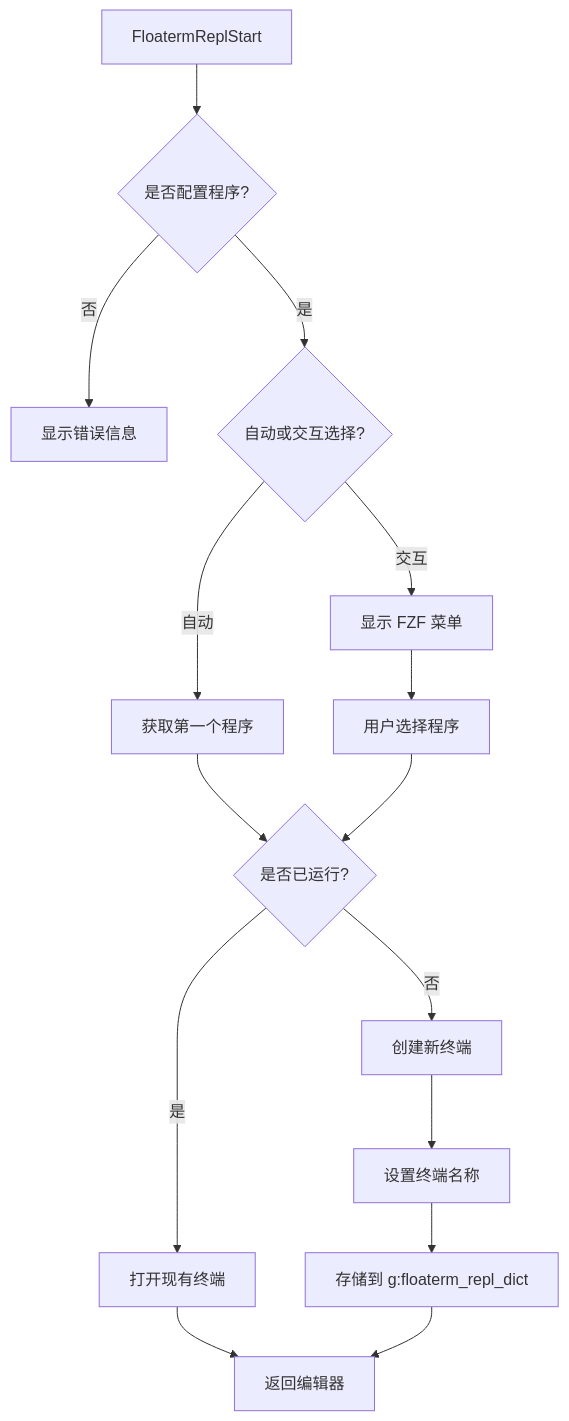
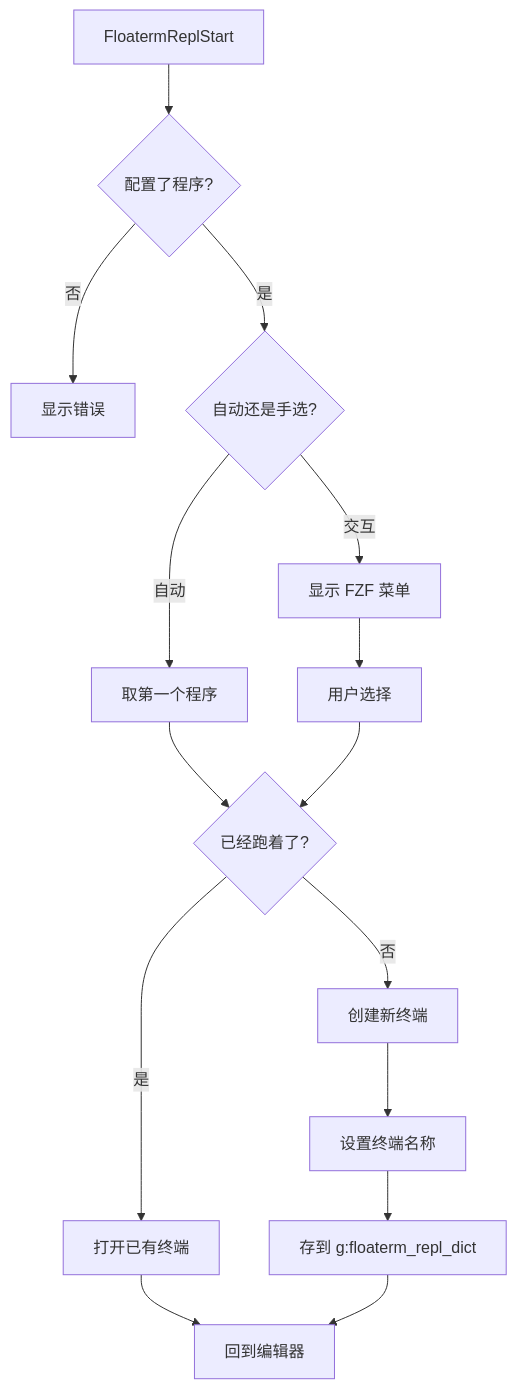
Before and after one commit to leoatchina/vim-floaterm-enhance: the third of 5 diagrams in README_cn.md, drawn with Mermaid. The commit also changed other lines of this file and 1 other file, not shown here.

````diff
--- a/README_cn.md
+++ b/README_cn.md
@@ -80,17 +129,17 @@
 ```mermaid
 graph TB
-    Start[FloatermReplStart] --> Check{是否配置程序?}
-    Check -->|否| Error[显示错误信息]
-    Check -->|是| SelectMode{自动或交互选择?}
-    SelectMode -->|自动| GetFirst[获取第一个程序]
+    Start[FloatermReplStart] --> Check{配置了程序?}
+    Check -->|否| Error[显示错误]
+    Check -->|是| SelectMode{自动还是手选?}
+    SelectMode -->|自动| GetFirst[取第一个程序]
     SelectMode -->|交互| ShowMenu[显示 FZF 菜单]
-    GetFirst --> CheckRunning{是否已运行?}
-    ShowMenu --> UserSelect[用户选择程序]
+    GetFirst --> CheckRunning{已经跑着了?}
+    ShowMenu --> UserSelect[用户选择]
     UserSelect --> CheckRunning
-    CheckRunning -->|是| OpenExist[打开现有终端]
+    CheckRunning -->|是| OpenExist[打开已有终端]
     CheckRunning -->|否| CreateNew[创建新终端]
     CreateNew --> SetName[设置终端名称]
-    SetName --> StoreMap[存储到 g:floaterm_repl_dict]
-    OpenExist --> Return[返回编辑器]
+    SetName --> StoreMap[存到 g:floaterm_repl_dict]
+    OpenExist --> Return[回到编辑器]
     StoreMap --> Return
 ```
````
